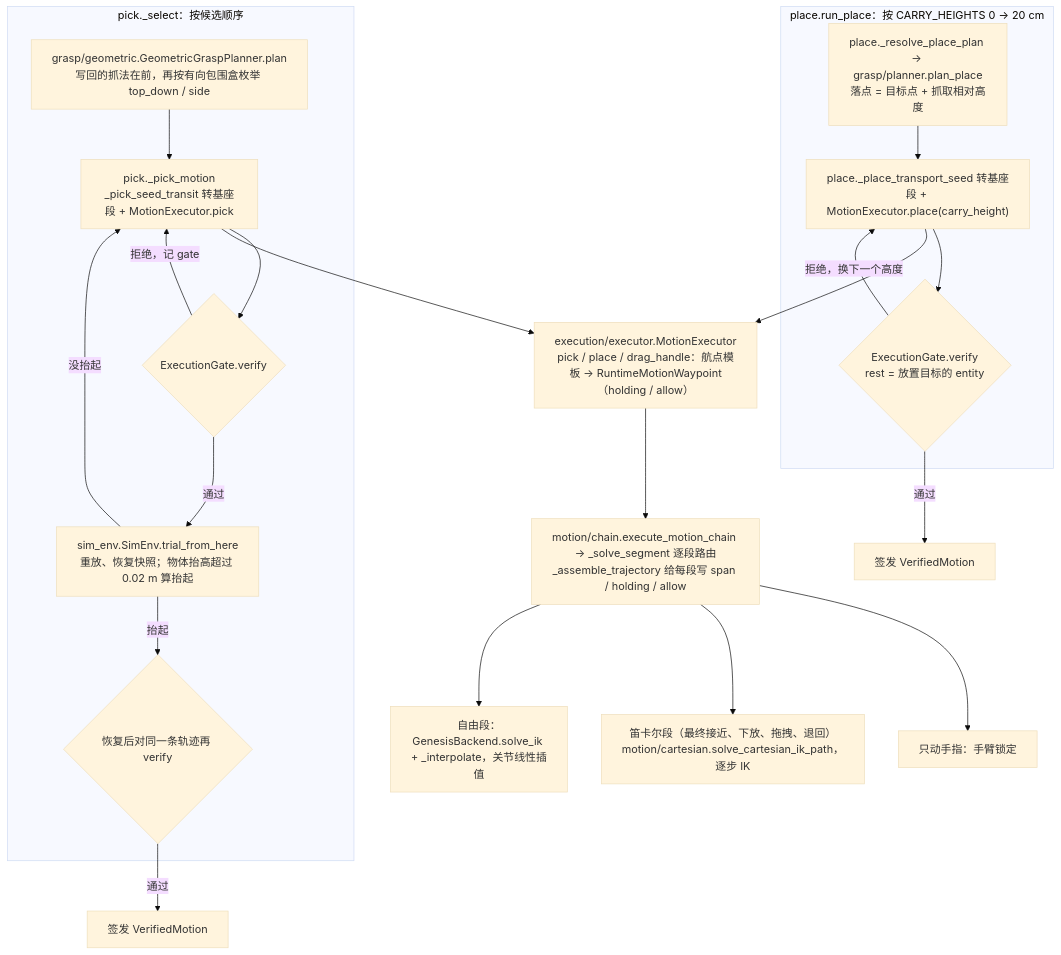
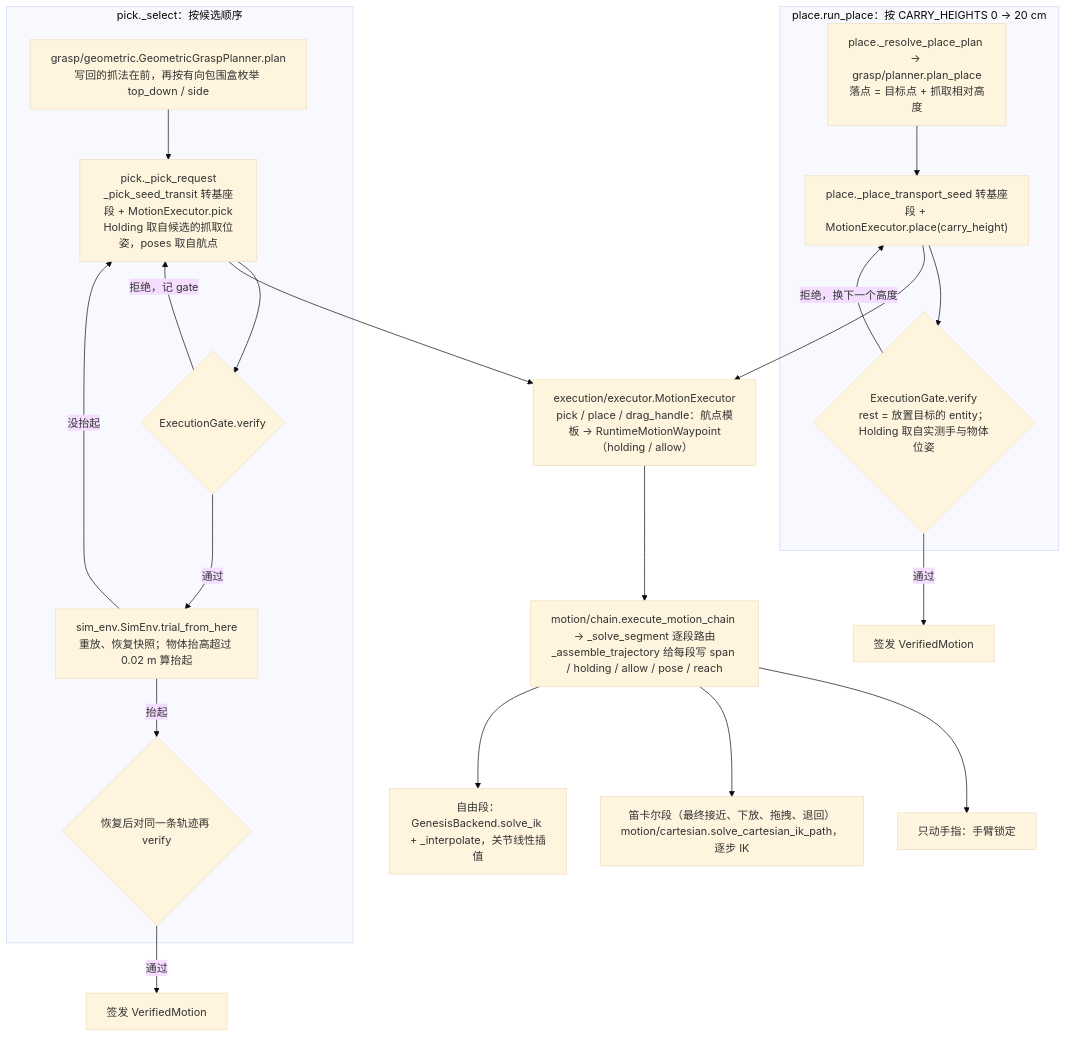
The second of 2 diagrams in docs/call-chain.md (ZJLi2013/RoboSmith), drawn with Mermaid (base theme) before and after one commit. The commit also changed other lines of this file and 2 other files, not shown here.

Commit message:
docs: the gate's point check, explicit holding and labelled refusals, checked on cpu only

````diff
--- a/docs/call-chain.md
+++ b/docs/call-chain.md
@@ -57,33 +58,33 @@
 ```mermaid
 flowchart TD
     subgraph PK["pick._select：按候选顺序"]
         GEO["grasp/geometric.GeometricGraspPlanner.plan<br/>写回的抓法在前，再按有向包围盒枚举 top_down / side"]
-        PM["pick._pick_motion<br/>_pick_seed_transit 转基座段 + MotionExecutor.pick"]
+        PM["pick._pick_request<br/>_pick_seed_transit 转基座段 + MotionExecutor.pick<br/>Holding 取自候选的抓取位姿，poses 取自航点"]
         V1{"ExecutionGate.verify"}
         TR["sim_env.SimEnv.trial_from_here<br/>重放、恢复快照；物体抬高超过 0.02 m 算抬起"]
         V2{"恢复后对同一条轨迹再 verify"}
     end
 
     subgraph PL["place.run_place：按 CARRY_HEIGHTS 0 → 20 cm"]
         PP["place._resolve_place_plan → grasp/planner.plan_place<br/>落点 = 目标点 + 抓取相对高度"]
         PX["place._place_transport_seed 转基座段 + MotionExecutor.place(carry_height)"]
-        V3{"ExecutionGate.verify<br/>rest = 放置目标的 entity"}
+        V3{"ExecutionGate.verify<br/>rest = 放置目标的 entity；Holding 取自实测手与物体位姿"}
     end
 
     EXE["execution/executor.MotionExecutor<br/>pick / place / drag_handle：航点模板 → RuntimeMotionWaypoint（holding / allow）"]
-    CH["motion/chain.execute_motion_chain → _solve_segment 逐段路由<br/>_assemble_trajectory 给每段写 span / holding / allow"]
+    CH["motion/chain.execute_motion_chain → _solve_segment 逐段路由<br/>_assemble_trajectory 给每段写 span / holding / allow / pose / reach"]
     F["只动手指：手臂锁定"]
     C["笛卡尔段（最终接近、下放、拖拽、退回）<br/>motion/cartesian.solve_cartesian_ik_path，逐步 IK"]
     G["自由段：GenesisBackend.solve_ik + _interpolate，关节线性插值"]
 
     GEO --> PM --> V1
     V1 -- 拒绝，记 gate --> PM
     V1 -- 通过 --> TR
     TR -- 没抬起 --> PM
     TR -- 抬起 --> V2
     V2 -- 通过 --> OKP["签发 VerifiedMotion"]
     PP --> PX --> V3
     V3 -- 拒绝，换下一个高度 --> PX
     V3 -- 通过 --> OKL["签发 VerifiedMotion"]
     PM & PX --> EXE --> CH --> F & C & G
 ```
````
